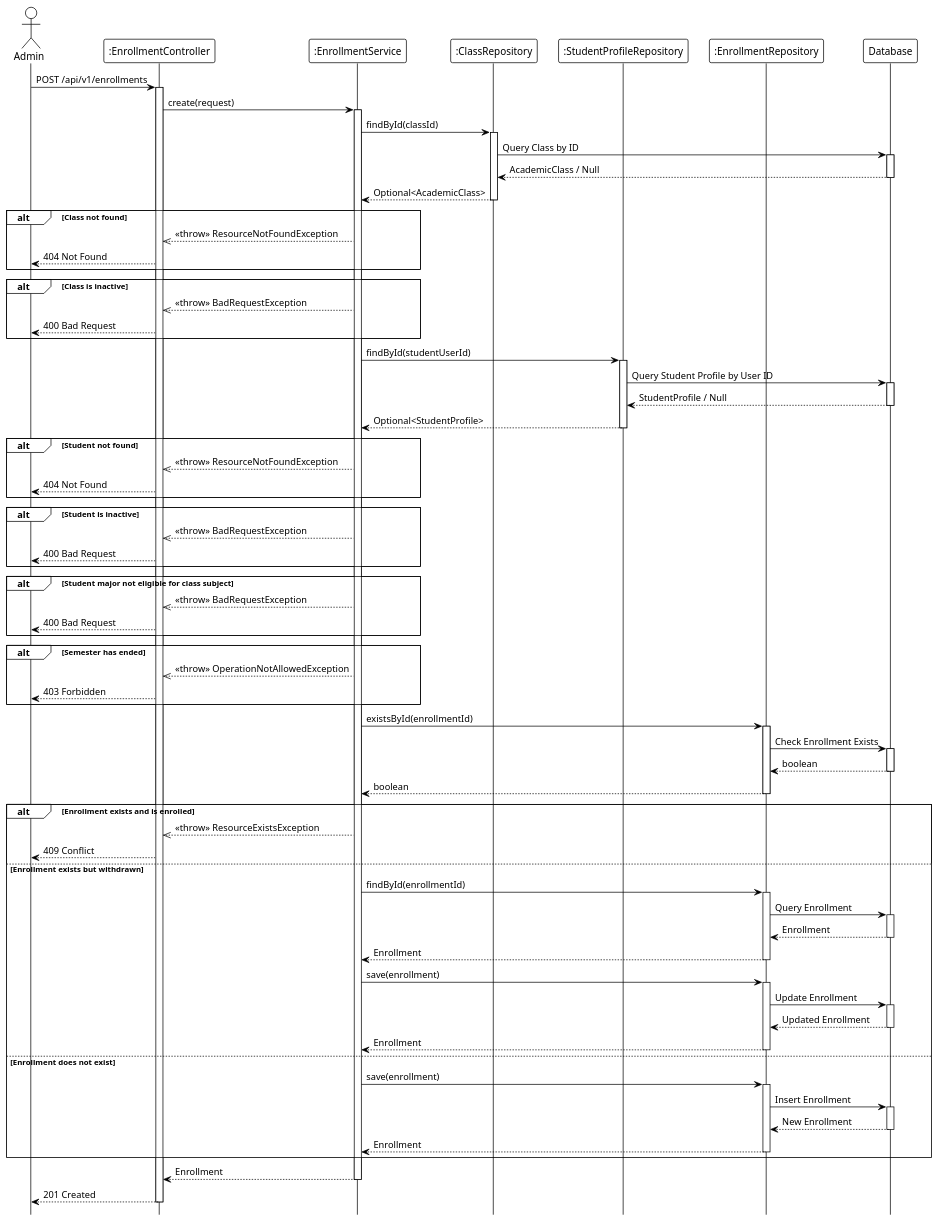
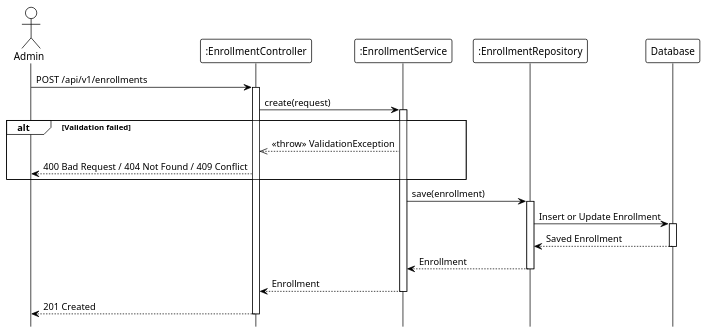
The diagram in system_detailed_design/30_enroll_student_to_class/sequence_diagram_enroll_student_to_class.puml (Ndh474/context), drawn with PlantUML before and after one commit. The commit also changed 17 other files, not shown here.

```diff
--- a/system_detailed_design/30_enroll_student_to_class/sequence_diagram_enroll_student_to_class.puml
+++ b/system_detailed_design/30_enroll_student_to_class/sequence_diagram_enroll_student_to_class.puml
@@ -1,138 +1,42 @@
 @startuml enroll_student_to_class
 !theme plain
 hide footbox
 
 actor Admin
 participant ":EnrollmentController" as Controller
 participant ":EnrollmentService" as Service
-participant ":ClassRepository" as ClassRepo
-participant ":StudentProfileRepository" as StudentRepo
-participant ":EnrollmentRepository" as EnrollmentRepo
+participant ":EnrollmentRepository" as Repository
 participant "Database" as DB
 
 ' --- MAIN FLOW ---
 Admin -> Controller: POST /api/v1/enrollments
 activate Controller
 
-' Request validation (internal)
-
 Controller -> Service: create(request)
 activate Service
 
-' --- VALIDATE CLASS ---
-Service -> ClassRepo: findById(classId)
-activate ClassRepo
+' Validation logic (internal: class/student validation, major eligibility, semester check)
 
-ClassRepo -> DB: Query Class by ID
+alt Validation failed
+    Service -->> Controller: <<throw>> ValidationException
+    Controller --> Admin: 400 Bad Request / 404 Not Found / 409 Conflict
+end
+
+Service -> Repository: save(enrollment)
+activate Repository
+
+Repository -> DB: Insert or Update Enrollment
 activate DB
-DB --> ClassRepo: AcademicClass / Null
+DB --> Repository: Saved Enrollment
 deactivate DB
 
-ClassRepo --> Service: Optional<AcademicClass>
-deactivate ClassRepo
-
-alt Class not found
-    Service -->> Controller: <<throw>> ResourceNotFoundException
-    Controller --> Admin: 404 Not Found
-end
-
-alt Class is inactive
-    Service -->> Controller: <<throw>> BadRequestException
-    Controller --> Admin: 400 Bad Request
-end
-
-' --- VALIDATE STUDENT ---
-Service -> StudentRepo: findById(studentUserId)
-activate StudentRepo
-
-StudentRepo -> DB: Query Student Profile by User ID
-activate DB
-DB --> StudentRepo: StudentProfile / Null
-deactivate DB
-
-StudentRepo --> Service: Optional<StudentProfile>
-deactivate StudentRepo
-
-alt Student not found
-    Service -->> Controller: <<throw>> ResourceNotFoundException
-    Controller --> Admin: 404 Not Found
-end
-
-alt Student is inactive
-    Service -->> Controller: <<throw>> BadRequestException
-    Controller --> Admin: 400 Bad Request
-end
-
-' Validation logic (internal)
-
-alt Student major not eligible for class subject
-    Service -->> Controller: <<throw>> BadRequestException
-    Controller --> Admin: 400 Bad Request
-end
-
-alt Semester has ended
-    Service -->> Controller: <<throw>> OperationNotAllowedException
-    Controller --> Admin: 403 Forbidden
-end
-
-' --- CHECK EXISTING ENROLLMENT ---
-Service -> EnrollmentRepo: existsById(enrollmentId)
-activate EnrollmentRepo
-
-EnrollmentRepo -> DB: Check Enrollment Exists
-activate DB
-DB --> EnrollmentRepo: boolean
-deactivate DB
-
-EnrollmentRepo --> Service: boolean
-deactivate EnrollmentRepo
-
-alt Enrollment exists and is enrolled
-    Service -->> Controller: <<throw>> ResourceExistsException
-    Controller --> Admin: 409 Conflict
-else Enrollment exists but withdrawn
-    Service -> EnrollmentRepo: findById(enrollmentId)
-    activate EnrollmentRepo
-
-    EnrollmentRepo -> DB: Query Enrollment
-    activate DB
-    DB --> EnrollmentRepo: Enrollment
-    deactivate DB
-
-    EnrollmentRepo --> Service: Enrollment
-    deactivate EnrollmentRepo
-
-    ' Re-enrollment logic (internal)
-
-    Service -> EnrollmentRepo: save(enrollment)
-    activate EnrollmentRepo
-
-    EnrollmentRepo -> DB: Update Enrollment
-    activate DB
-    DB --> EnrollmentRepo: Updated Enrollment
-    deactivate DB
-
-    EnrollmentRepo --> Service: Enrollment
-    deactivate EnrollmentRepo
-else Enrollment does not exist
-    ' Create new enrollment (internal)
-
-    Service -> EnrollmentRepo: save(enrollment)
-    activate EnrollmentRepo
-
-    EnrollmentRepo -> DB: Insert Enrollment
-    activate DB
-    DB --> EnrollmentRepo: New Enrollment
-    deactivate DB
-
-    EnrollmentRepo --> Service: Enrollment
-    deactivate EnrollmentRepo
-end
+Repository --> Service: Enrollment
+deactivate Repository
 
 Service --> Controller: Enrollment
 deactivate Service
 
 Controller --> Admin: 201 Created
 deactivate Controller
 
 @enduml
```
